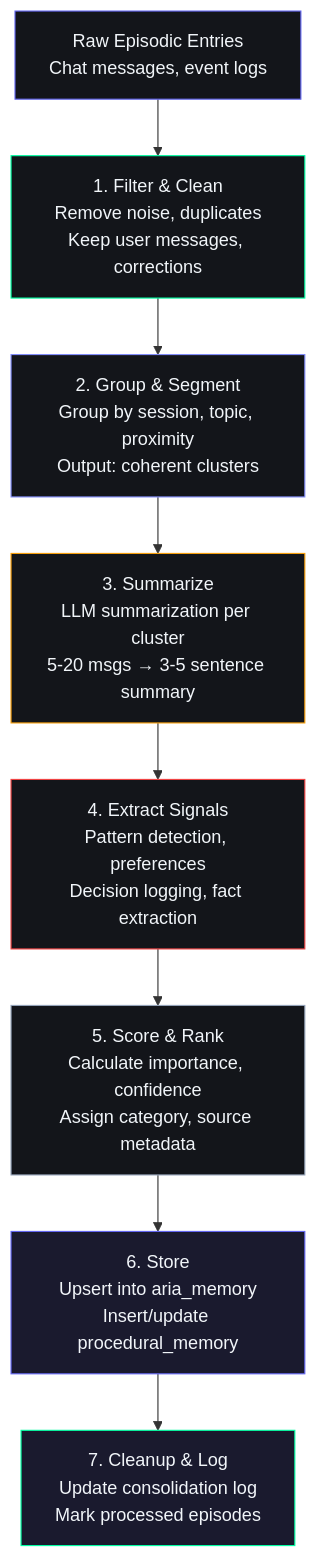
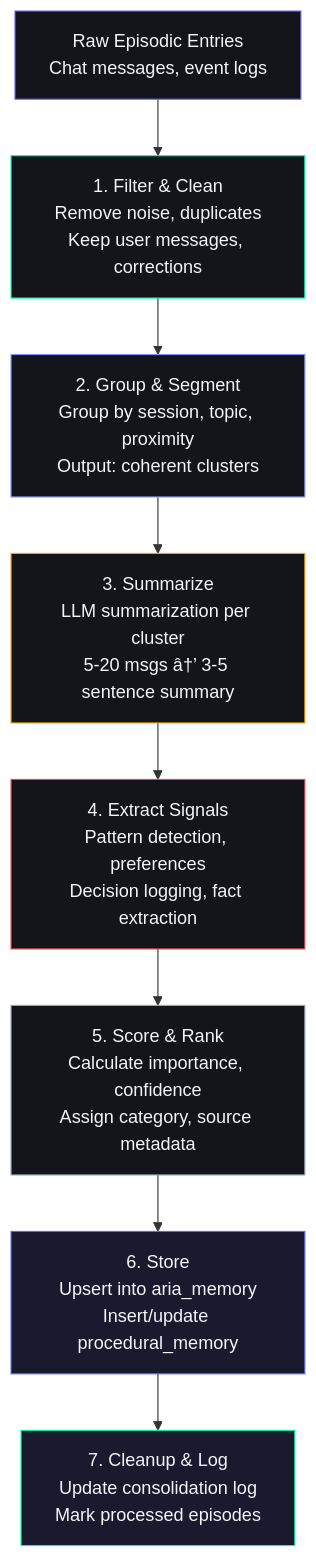
Before and after one commit to rohitkumarnaidu/ARIA-OS---SecondBrain-: the third of 5 diagrams in docs/ai/22_MemoryArchitecture.md, drawn with Mermaid. The commit also changed other lines of this file and 9 other files, not shown here.

````diff
--- a/docs/ai/22_MemoryArchitecture.md
+++ b/docs/ai/22_MemoryArchitecture.md
@@ -967,20 +967,20 @@
 ```mermaid
 graph TD
     RAW[Raw Episodic Entries<br/>Chat messages, event logs]
     RAW --> F1[1. Filter & Clean<br/>Remove noise, duplicates<br/>Keep user messages, corrections]
     F1 --> F2[2. Group & Segment<br/>Group by session, topic, proximity<br/>Output: coherent clusters]
-    F2 --> F3[3. Summarize<br/>LLM summarization per cluster<br/>5-20 msgs → 3-5 sentence summary]
+    F2 --> F3[3. Summarize<br/>LLM summarization per cluster<br/>5-20 msgs â†’ 3-5 sentence summary]
     F3 --> F4[4. Extract Signals<br/>Pattern detection, preferences<br/>Decision logging, fact extraction]
     F4 --> F5[5. Score & Rank<br/>Calculate importance, confidence<br/>Assign category, source metadata]
     F5 --> F6[6. Store<br/>Upsert into aria_memory<br/>Insert/update procedural_memory]
     F6 --> F7[7. Cleanup & Log<br/>Update consolidation log<br/>Mark processed episodes]
 
     style RAW fill:#13151A,stroke:#6366F1,color:#F1F5F9
     style F1 fill:#13151A,stroke:#00FFA3,color:#F1F5F9
     style F2 fill:#13151A,stroke:#818CF8,color:#F1F5F9
     style F3 fill:#13151A,stroke:#F59E0B,color:#F1F5F9
     style F4 fill:#13151A,stroke:#EF4444,color:#F1F5F9
     style F5 fill:#13151A,stroke:#94A3B8,color:#F1F5F9
     style F6 fill:#1a1a2e,stroke:#6366F1,color:#F1F5F9
     style F7 fill:#1a1a2e,stroke:#00FFA3,color:#F1F5F9
 ```
````
